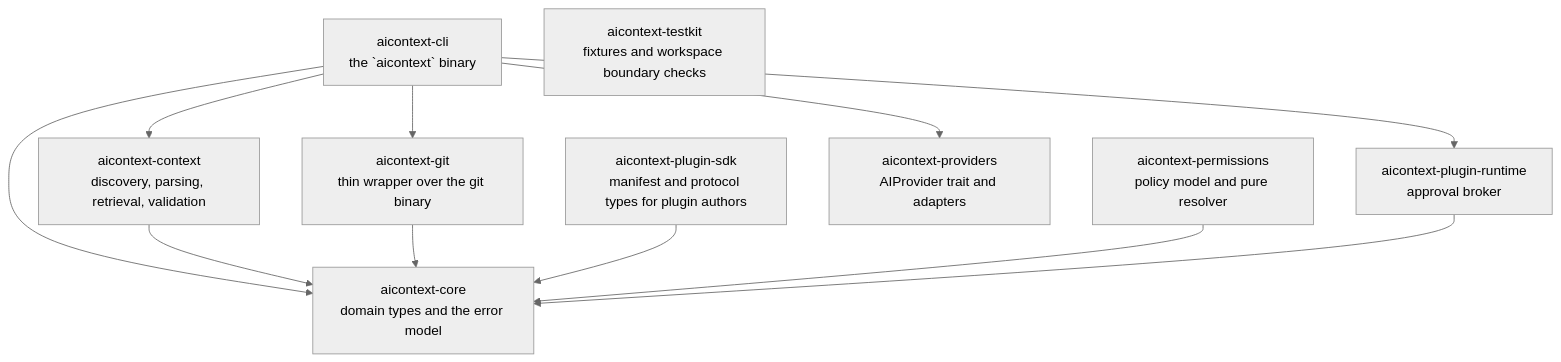
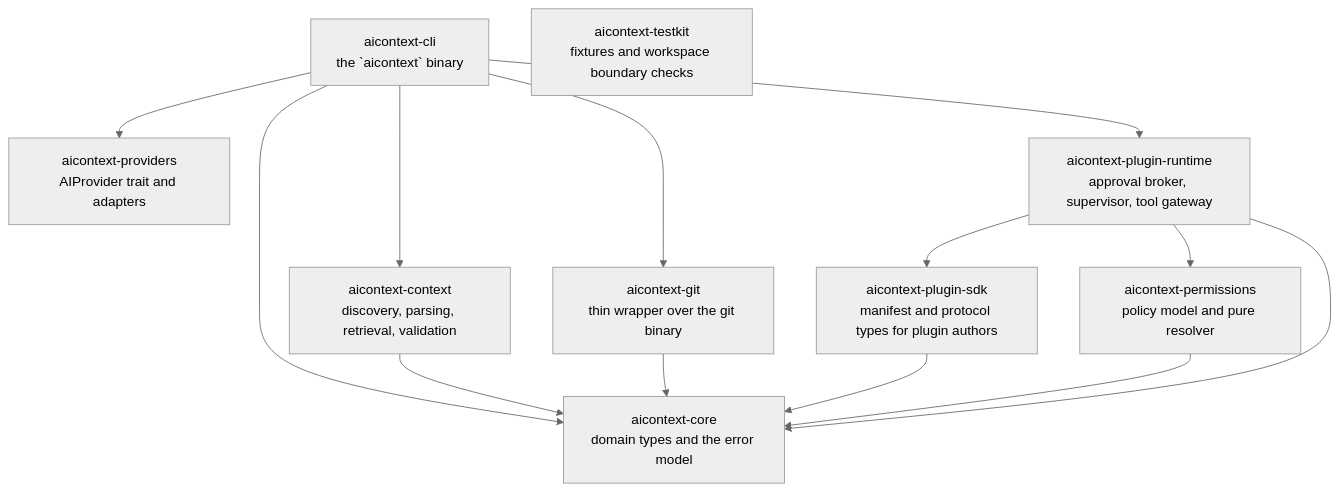
One commit to Vinit010/AI-Context-OS changed the second of 2 diagrams in README.md. Above: the diagram before and after it, drawn with Mermaid (neutral theme). The commit also changed other lines of this file and 23 other files, not shown here.

````diff
--- a/README.md
+++ b/README.md
@@ -189,23 +191,25 @@
 ```mermaid
 flowchart TD
     CLI["aicontext-cli<br/>the `aicontext` binary"]
     CTX["aicontext-context<br/>discovery, parsing, retrieval, validation"]
     GIT["aicontext-git<br/>thin wrapper over the git binary"]
     CORE["aicontext-core<br/>domain types and the error model"]
     SDK["aicontext-plugin-sdk<br/>manifest and protocol types for plugin authors"]
     PERM["aicontext-permissions<br/>policy model and pure resolver"]
     PROV["aicontext-providers<br/>AIProvider trait and adapters"]
-    RT["aicontext-plugin-runtime<br/>approval broker"]
+    RT["aicontext-plugin-runtime<br/>approval broker, supervisor, tool gateway"]
     TK["aicontext-testkit<br/>fixtures and workspace boundary checks"]
 
     CLI --> CTX
     CLI --> GIT
     CLI --> CORE
     CLI --> PROV
     CLI --> RT
     CTX --> CORE
     GIT --> CORE
     SDK --> CORE
     PERM --> CORE
     RT --> CORE
+    RT --> PERM
+    RT --> SDK
 ```
````
